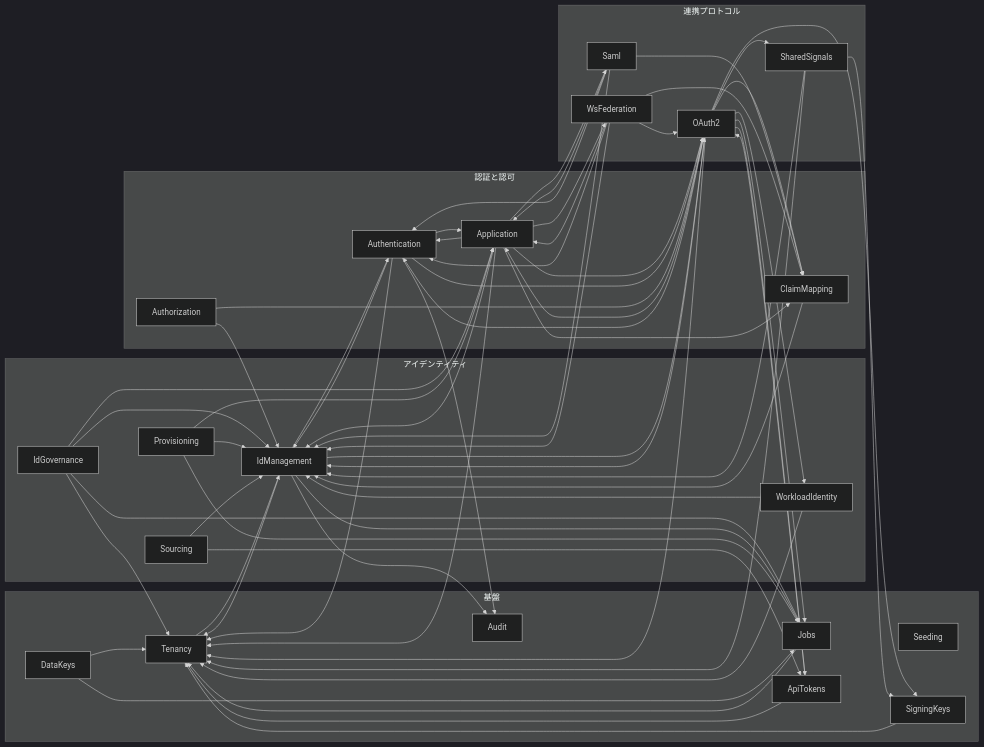
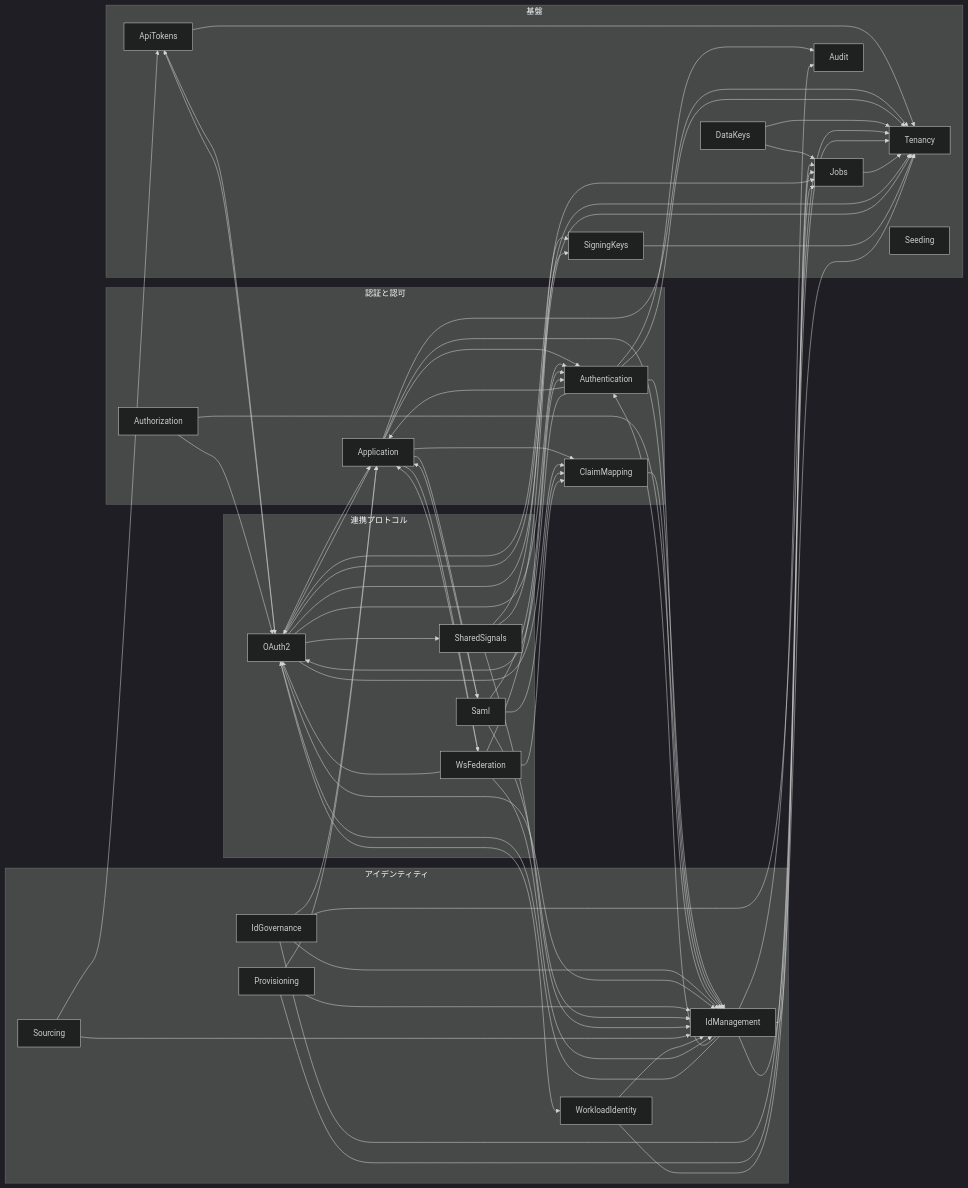
One commit to ambi/idmagic changed the diagram in docs/modules/README.md. Above: the diagram before and after it, drawn with Mermaid (dark theme). The commit also changed 61 other files, not shown here.

First line of the commit message:
refactor(tenancy): decouple attribute schema management

```diff
--- a/docs/modules/README.md
+++ b/docs/modules/README.md
@@ -178,7 +178,6 @@
   SigningKeys --> Tenancy
   Sourcing --> ApiTokens
   Sourcing --> IdManagement
-  Tenancy --> IdManagement
   WorkloadIdentity --> IdManagement
   WorkloadIdentity --> Tenancy
   WsFederation --> Application
```
